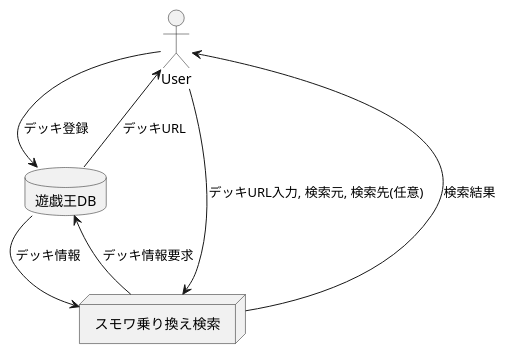
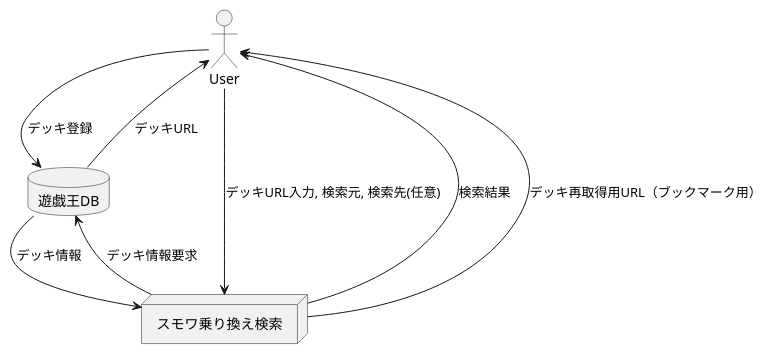
One commit to ikishichi/ygo-small-world-transit changed the second of 6 diagrams in docs/ygo-small-world-transit.md. Above: the diagram before and after it, drawn with PlantUML. The commit also changed other lines of this file and 2 other files, not shown here.

````diff
--- a/docs/ygo-small-world-transit.md
+++ b/docs/ygo-small-world-transit.md
@@ -27,14 +29,15 @@
 ```plantuml
 @startuml
 actor User as user
 database 遊戯王DB as db
 node "スモワ乗り換え検索" as sw
 
 user --> db : デッキ登録
 db --> user : デッキURL
 user --> sw : デッキURL入力, 検索元, 検索先(任意)
 sw --> user : 検索結果
 sw --> db : デッキ情報要求
 db --> sw : デッキ情報
+sw --> user : デッキ再取得用URL（ブックマーク用）
 @enduml
 ```
````
